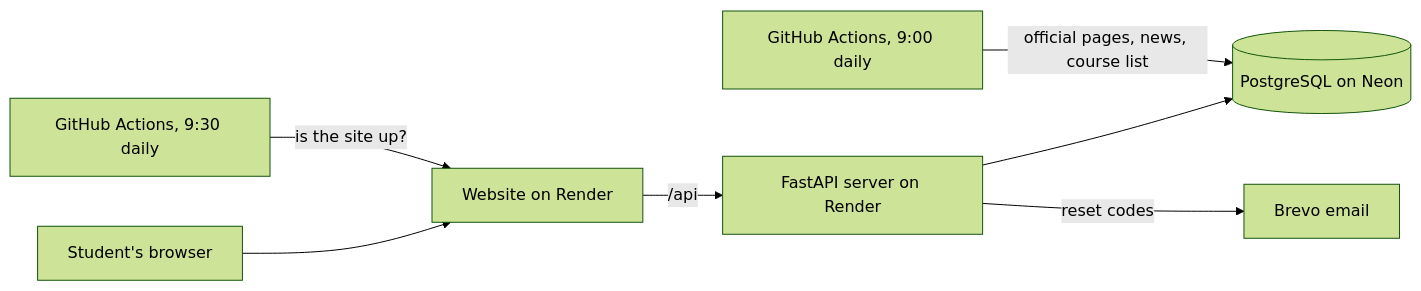
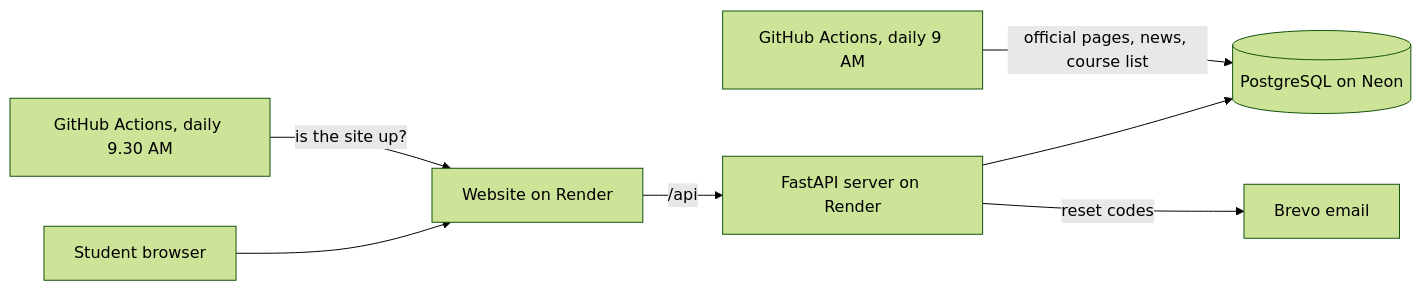
Before and after one commit to Rupa-2006/Careerpath: the diagram in README.md, drawn with Mermaid (forest theme).

Commit message:
README: fix the diagram so GitHub can draw it

````diff
--- a/README.md
+++ b/README.md
@@ -36,9 +36,9 @@
 ```mermaid
 flowchart LR
-    Student[Student's browser] --> Site[Website on Render]
-    Site -->|/api| API[FastAPI server on Render]
-    API --> DB[(PostgreSQL on Neon)]
-    API -->|reset codes| Mail[Brevo email]
-    Daily[GitHub Actions, 9:00 daily] -->|official pages, news, course list| DB
-    Check[GitHub Actions, 9:30 daily] -->|is the site up?| Site
+    Student["Student browser"] --> Site["Website on Render"]
+    Site -->|"/api"| API["FastAPI server on Render"]
+    API --> DB[("PostgreSQL on Neon")]
+    API -->|"reset codes"| Mail["Brevo email"]
+    Daily["GitHub Actions, daily 9 AM"] -->|"official pages, news, course list"| DB
+    Check["GitHub Actions, daily 9.30 AM"] -->|"is the site up?"| Site
 ```
````
